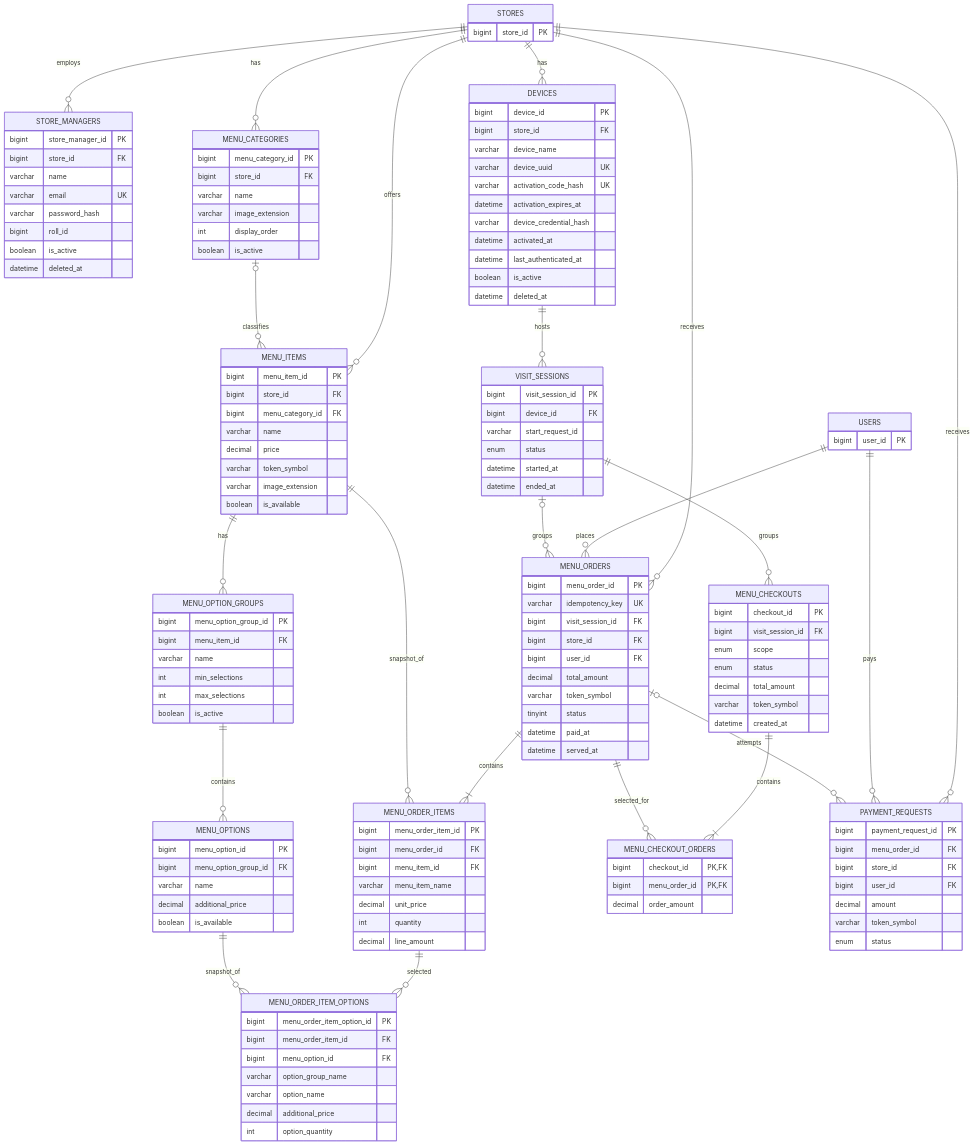
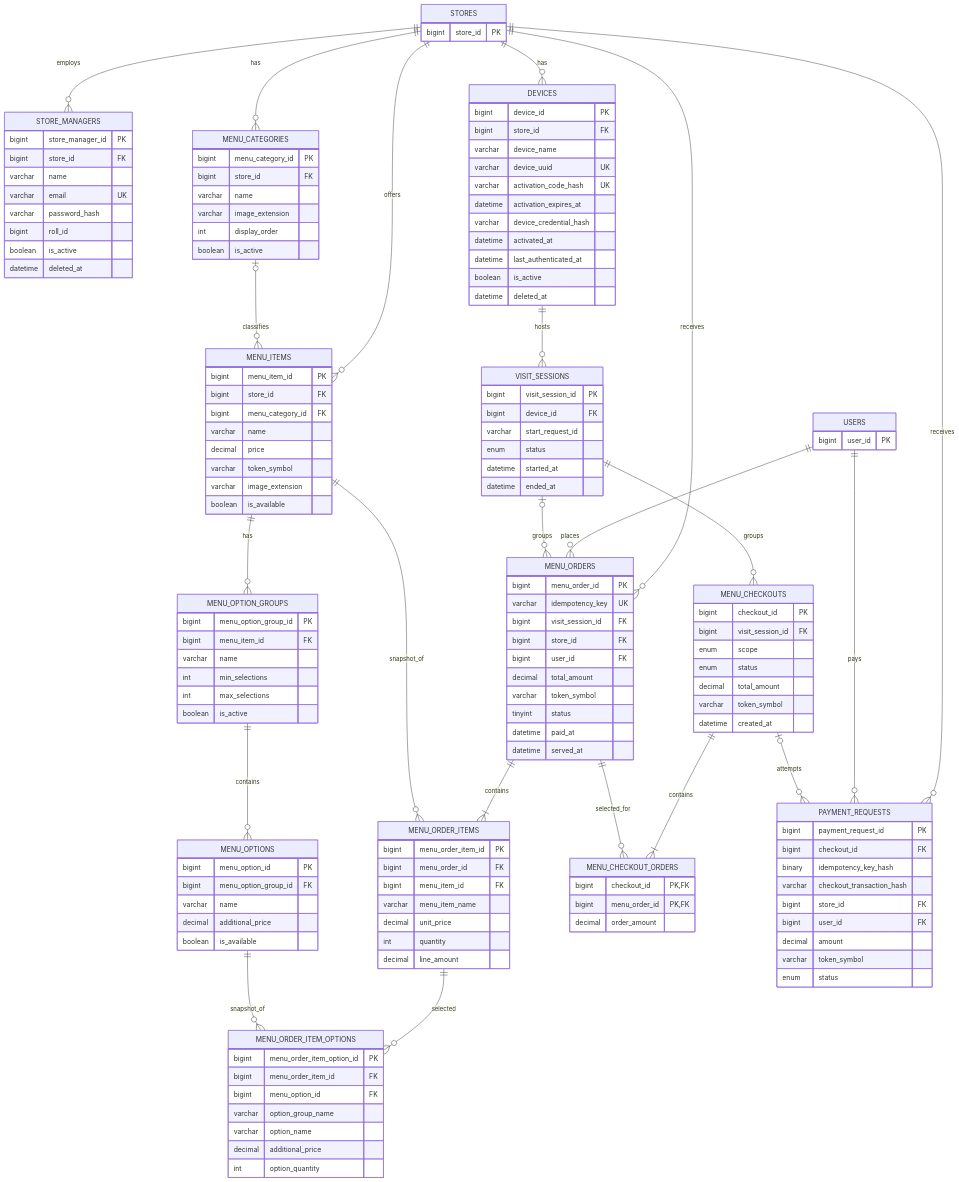
The diagram in docs/DB構成.md (terao06/teraid-pay-api), drawn with Mermaid before and after one commit. The commit also changed other lines of this file and 27 other files, not shown here.

```diff
--- a/docs/DB構成.md
+++ b/docs/DB構成.md
@@ -270,7 +277,7 @@
 
     STORES ||--o{ PAYMENT_REQUESTS : receives
     USERS ||--o{ PAYMENT_REQUESTS : pays
-    MENU_ORDERS o|--o{ PAYMENT_REQUESTS : attempts
+    MENU_CHECKOUTS o|--o{ PAYMENT_REQUESTS : attempts
 
     STORES {
         bigint store_id PK
@@ -402,7 +409,9 @@
 
     PAYMENT_REQUESTS {
         bigint payment_request_id PK
-        bigint menu_order_id FK
+        bigint checkout_id FK
+        binary idempotency_key_hash
+        varchar checkout_transaction_hash
         bigint store_id FK
         bigint user_id FK
         decimal amount
```
